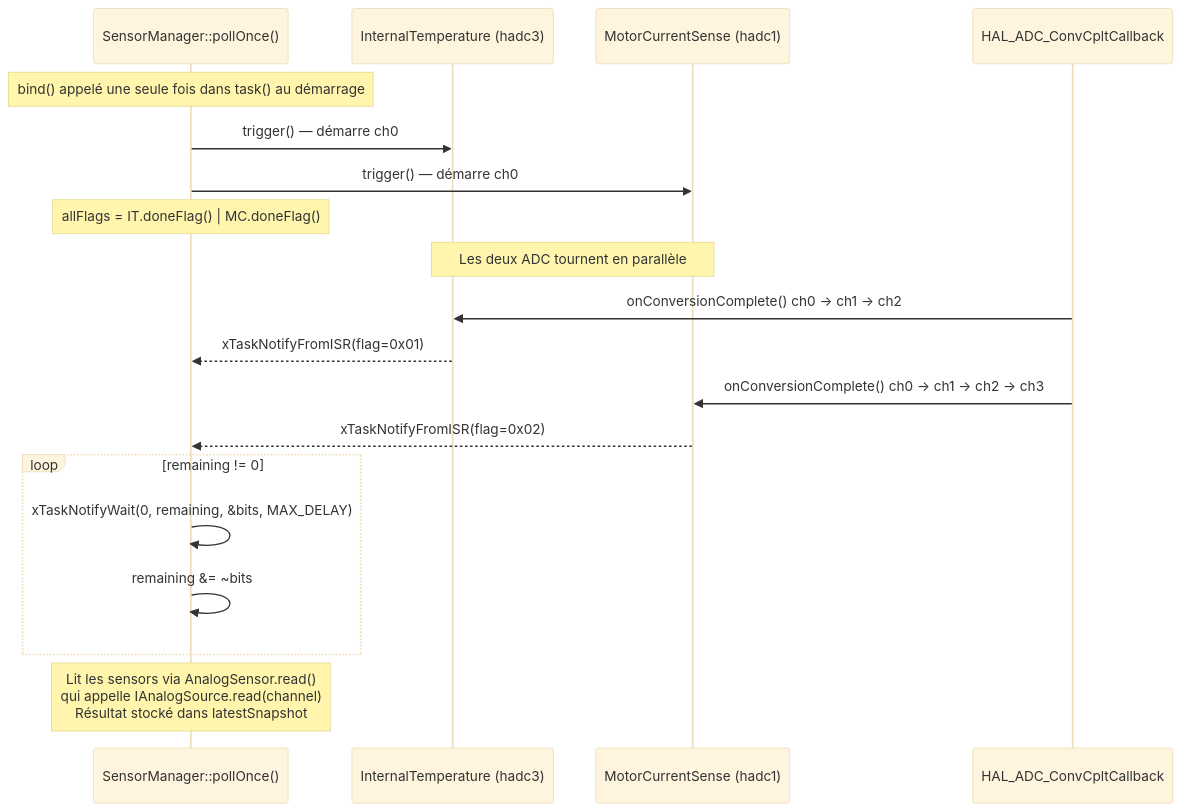
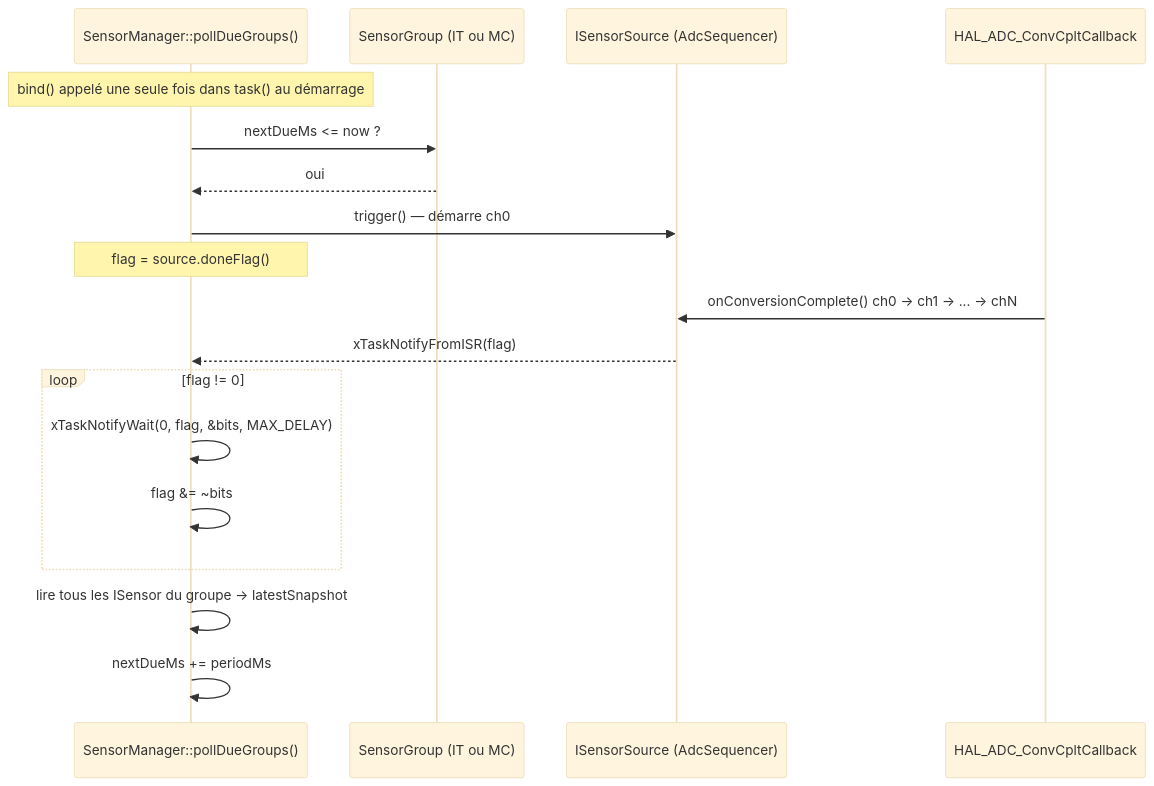
The second of 2 diagrams in architecture_sensors.md (Soupalognon/Wall-A-Software), drawn with Mermaid (base theme) before and after one commit. The commit also changed other lines of this file and 9 other files, not shown here.

Commit message:
First try of integrating inputCapture into SensorManager

````diff
--- a/architecture_sensors.md
+++ b/architecture_sensors.md
@@ -161,26 +197,25 @@
 ```mermaid
 sequenceDiagram
-    participant SM as SensorManager::pollOnce()
-    participant IT as InternalTemperature (hadc3)
-    participant MC as MotorCurrentSense (hadc1)
+    participant SM as SensorManager::pollDueGroups()
+    participant G  as SensorGroup (IT ou MC)
+    participant S  as ISensorSource (AdcSequencer)
     participant ISR as HAL_ADC_ConvCpltCallback
 
     Note over SM: bind() appelé une seule fois dans task() au démarrage
 
-    SM->>IT: trigger() — démarre ch0
-    SM->>MC: trigger() — démarre ch0
-    Note over SM: allFlags = IT.doneFlag() | MC.doneFlag()
-    Note over IT,MC: Les deux ADC tournent en parallèle
+    SM->>G: nextDueMs <= now ?
+    G-->>SM: oui
+    SM->>S: trigger() — démarre ch0
+    Note over SM: flag = source.doneFlag()
 
-    ISR->>IT: onConversionComplete() ch0 → ch1 → ch2
-    IT-->>SM: xTaskNotifyFromISR(flag=0x01)
-    ISR->>MC: onConversionComplete() ch0 → ch1 → ch2 → ch3
-    MC-->>SM: xTaskNotifyFromISR(flag=0x02)
+    ISR->>S: onConversionComplete() ch0 → ch1 → ... → chN
+    S-->>SM: xTaskNotifyFromISR(flag)
 
-    loop remaining != 0
-        SM->>SM: xTaskNotifyWait(0, remaining, &bits, MAX_DELAY)
-        SM->>SM: remaining &= ~bits
+    loop flag != 0
+        SM->>SM: xTaskNotifyWait(0, flag, &bits, MAX_DELAY)
+        SM->>SM: flag &= ~bits
     end
 
-    Note over SM: Lit les sensors via AnalogSensor.read()<br/>qui appelle IAnalogSource.read(channel)<br/>Résultat stocké dans latestSnapshot
+    SM->>SM: lire tous les ISensor du groupe → latestSnapshot
+    SM->>SM: nextDueMs += periodMs
 ```
````
